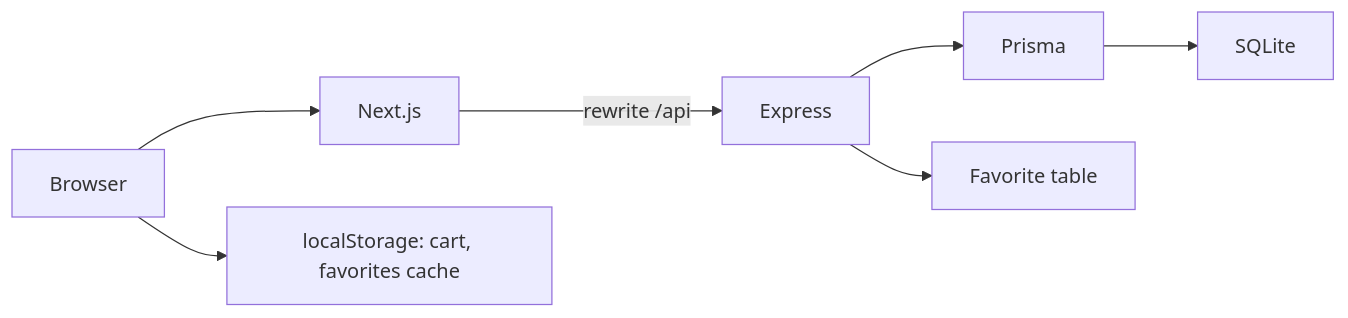
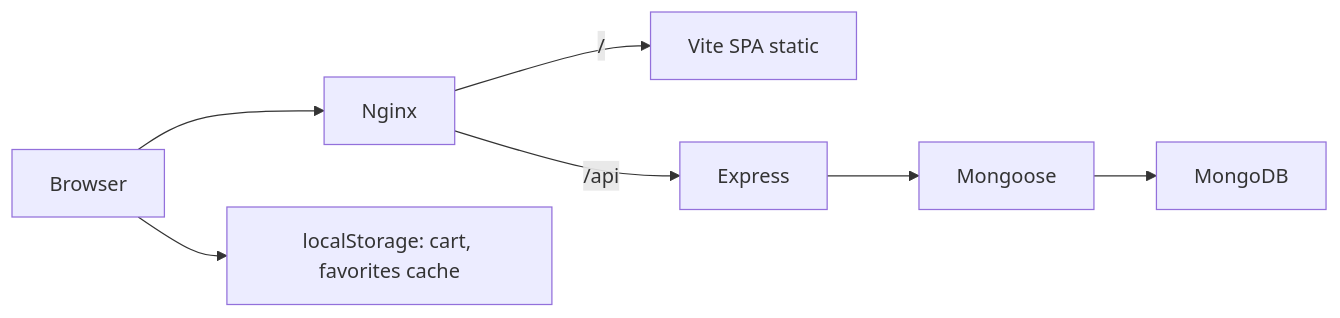
One commit to ORION273-beep/DIPLOM changed the diagram in docs/ARCHITECTURE.md. Above: the diagram before and after it, drawn with Mermaid. The commit also changed other lines of this file and 276 other files, not shown here.

First line of the commit message:
Migrate OneSec to Vite SPA and MongoDB, drop Next/Prisma.

````diff
--- a/docs/ARCHITECTURE.md
+++ b/docs/ARCHITECTURE.md
@@ -7,9 +7,9 @@
 ```mermaid
 flowchart LR
-  Browser --> NextJS["Next.js"]
-  NextJS -->|"rewrite /api"| Express
-  Express --> Prisma
-  Prisma --> SQLite
+  Browser --> Nginx
+  Nginx -->|"/"| Frontend["Vite SPA static"]
+  Nginx -->|"/api"| Express
+  Express --> Mongoose
+  Mongoose --> MongoDB
   Browser --> LocalStorage["localStorage: cart, favorites cache"]
-  Express --> FavoritesDB["Favorite table"]
 ```
````
